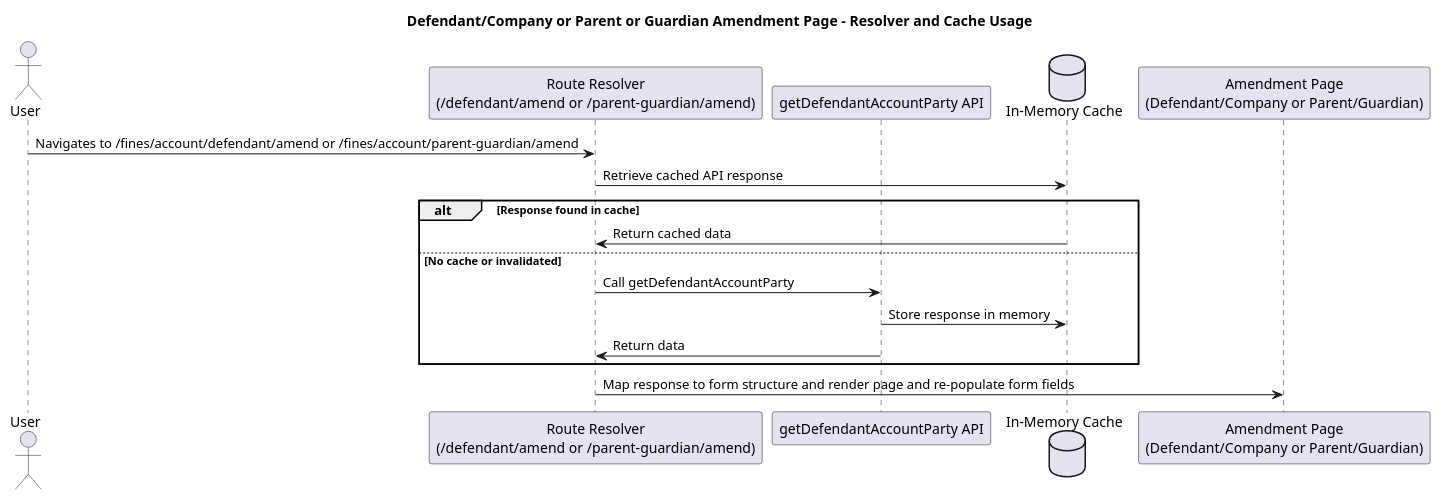
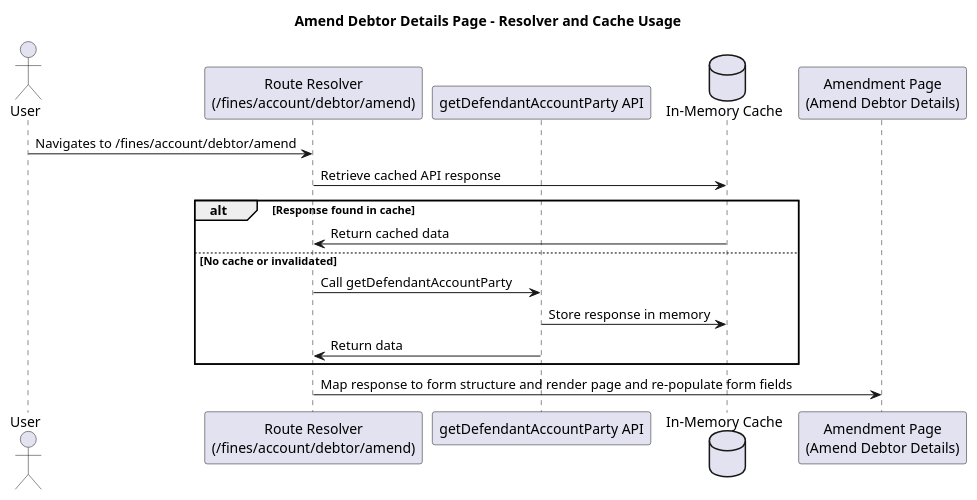
One commit to hmcts/opal-docs changed the diagram in plantUML/fae-view-amend-defendant-pg/fae-view-amend-defendant-pg-amendment-pages-ui.puml. Above: the diagram before and after it, drawn with PlantUML.

Commit message:
Update PlantUML diagram title and navigation paths for Amend Debtor Details Page

```diff
--- a/plantUML/fae-view-amend-defendant-pg/fae-view-amend-defendant-pg-amendment-pages-ui.puml
+++ b/plantUML/fae-view-amend-defendant-pg/fae-view-amend-defendant-pg-amendment-pages-ui.puml
@@ -1,22 +1,22 @@
 @startuml
-title Defendant/Company or Parent or Guardian Amendment Page - Resolver and Cache Usage
+title Amend Debtor Details Page - Resolver and Cache Usage
 
 actor User
-participant "Route Resolver\n(/defendant/amend or /parent-guardian/amend)" as Resolver
+participant "Route Resolver\n(/fines/account/debtor/amend)" as Resolver
 participant "getDefendantAccountParty API" as API
 database "In-Memory Cache" as Cache
-participant "Amendment Page\n(Defendant/Company or Parent/Guardian)" as Page
+participant "Amendment Page\n(Amend Debtor Details)" as Page
 
-User -> Resolver : Navigates to /fines/account/defendant/amend or /fines/account/parent-guardian/amend 
+User -> Resolver : Navigates to /fines/account/debtor/amend
 Resolver -> Cache : Retrieve cached API response
 
 alt Response found in cache
     Cache -> Resolver : Return cached data
 else No cache or invalidated
     Resolver -> API : Call getDefendantAccountParty
     API -> Cache : Store response in memory
     API -> Resolver : Return data
 end
 
 Resolver -> Page : Map response to form structure and render page and re-populate form fields
 @enduml
```
